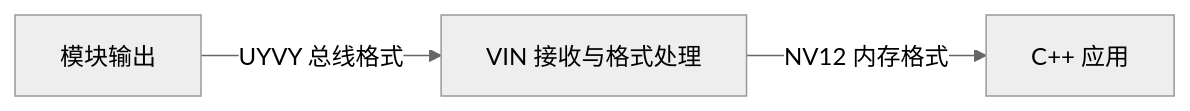
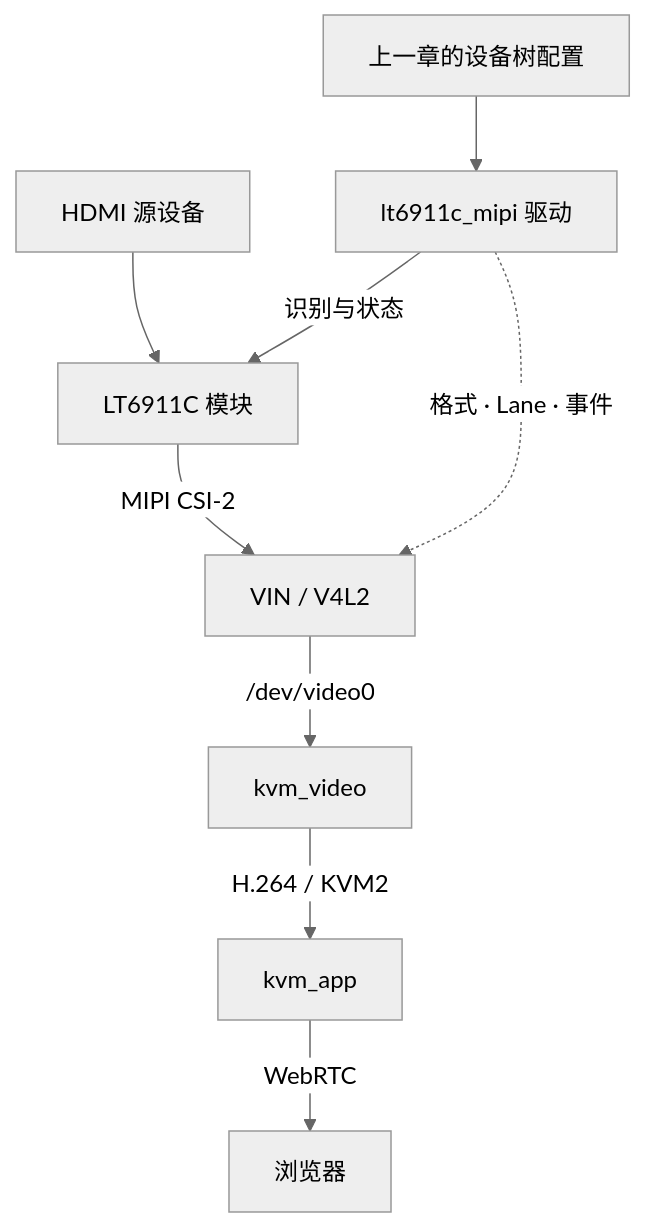
The diagram in docs/course/drivers/lt6911c-driver.md (dshanpi/solution-docs), drawn with Mermaid before and after one commit. The commit also changed other lines of this file and 91 other files, not shown here.

````diff
--- a/docs/course/drivers/lt6911c-driver.md
+++ b/docs/course/drivers/lt6911c-driver.md
@@ -29,6 +16,12 @@
 ```mermaid
 %%{init: {'theme': 'neutral'}}%%
-flowchart LR
-  M[模块输出] -->|UYVY 总线格式| V[VIN 接收与格式处理]
-  V -->|NV12 内存格式| A[C++ 应用]
+flowchart TD
+  S[HDMI 源设备] --> C[LT6911C 模块]
+  C -->|MIPI CSI-2| V[VIN / V4L2]
+  V -->|/dev/video0| A[kvm_video]
+  A -->|H.264 / KVM2| G[kvm_app]
+  G -->|WebRTC| B[浏览器]
+  D[上一章的设备树配置] --> L[lt6911c_mipi 驱动]
+  L -->|识别与状态| C
+  L -.格式 · Lane · 事件.-> V
 ```
````
